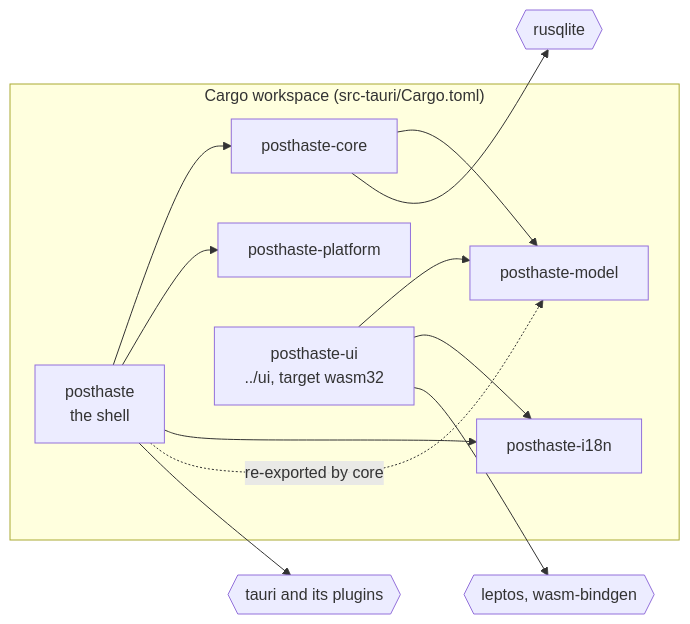
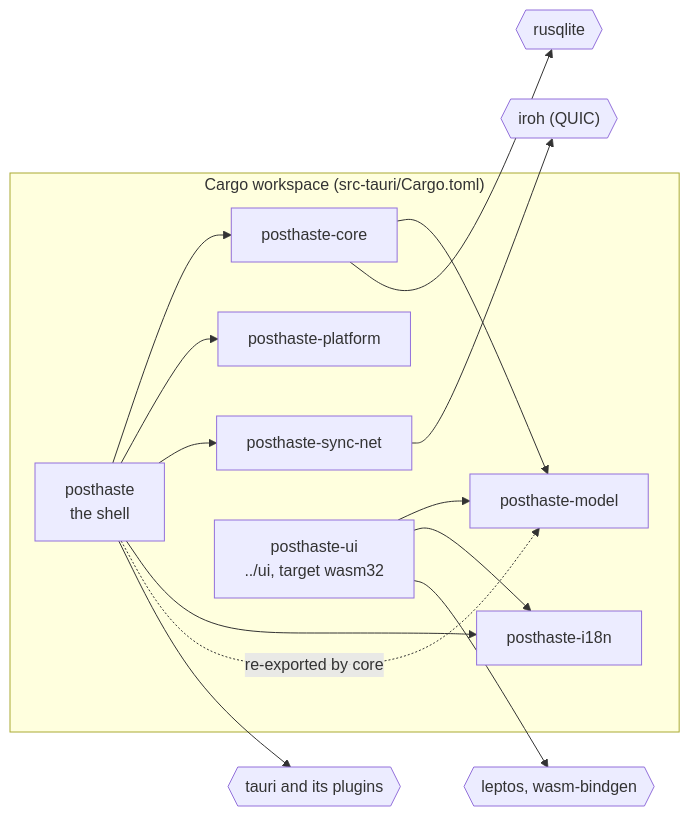
One commit to worty76/posthaste changed the second of 13 diagrams in docs/architecture.md. Above: the diagram before and after it, drawn with Mermaid. The commit also changed other lines of this file and 19 other files, not shown here.

````diff
--- a/docs/architecture.md
+++ b/docs/architecture.md
@@ -87,26 +90,30 @@
 ```mermaid
 flowchart LR
   subgraph rust["Cargo workspace (src-tauri/Cargo.toml)"]
     shell["posthaste<br/>the shell"]
     core["posthaste-core"]
     model["posthaste-model"]
     i18n["posthaste-i18n"]
     plat["posthaste-platform"]
+    syncnet["posthaste-sync-net"]
     ui["posthaste-ui<br/>../ui, target wasm32"]
   end
 
   shell --> core
   shell --> plat
+  shell --> syncnet
   shell --> i18n
   core --> model
   ui --> model
   ui --> i18n
   shell -. "re-exported by core" .-> model
 
   tauri{{"tauri and its plugins"}}
   sqlite{{"rusqlite"}}
+  iroh{{"iroh (QUIC)"}}
   leptos{{"leptos, wasm-bindgen"}}
   shell --> tauri
   core --> sqlite
+  syncnet --> iroh
   ui --> leptos
 ```
````
